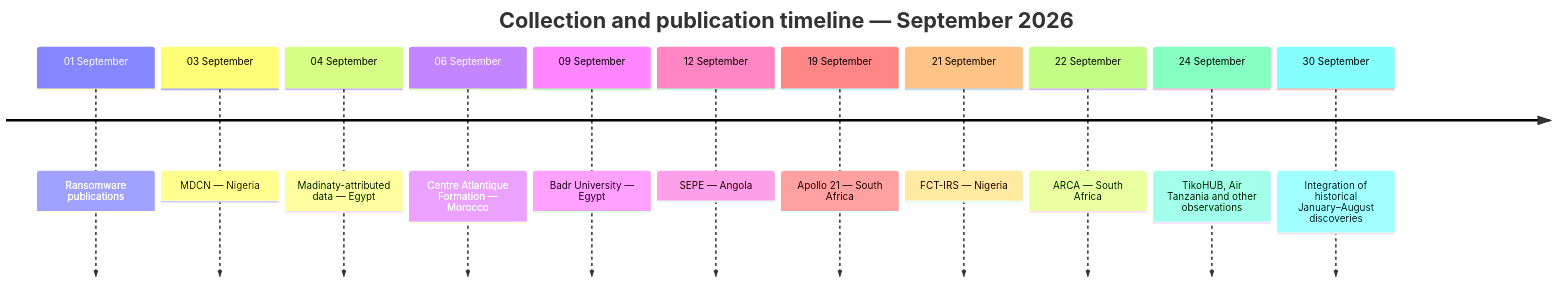
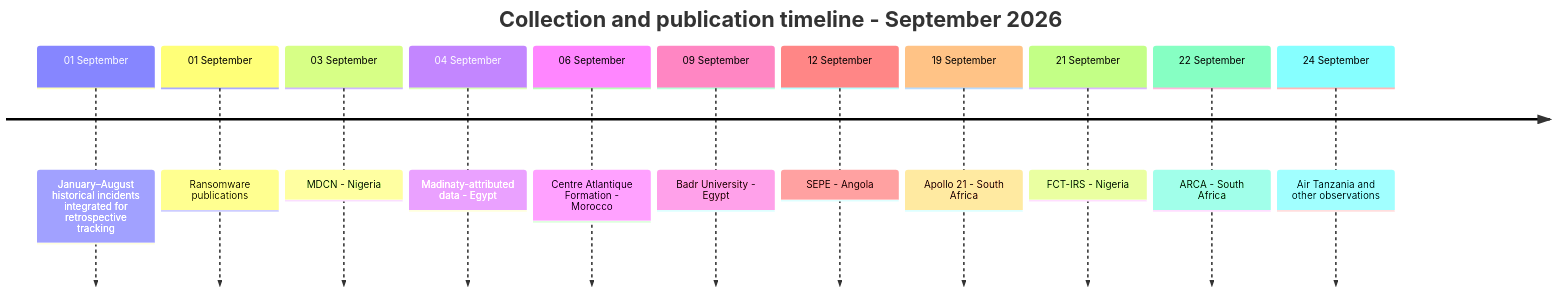
One commit to Hatchepsoute/AFRINTEL changed the tenth of 10 diagrams in CyberAttackAfrica/2026/09-september/README.md. Above: the diagram before and after it, drawn with Mermaid. The commit also changed other lines of this file and 30 other files, not shown here.

````diff
--- a/CyberAttackAfrica/2026/09-september/README.md
+++ b/CyberAttackAfrica/2026/09-september/README.md
@@ -195,15 +249,15 @@
 ```mermaid
 timeline
-    title Collection and publication timeline — September 2026
+    title Collection and publication timeline - September 2026
+    01 September : January–August historical incidents integrated for retrospective tracking
     01 September : Ransomware publications
-    03 September : MDCN — Nigeria
-    04 September : Madinaty-attributed data — Egypt
-    06 September : Centre Atlantique Formation — Morocco
-    09 September : Badr University — Egypt
-    12 September : SEPE — Angola
-    19 September : Apollo 21 — South Africa
-    21 September : FCT-IRS — Nigeria
-    22 September : ARCA — South Africa
-    24 September : TikoHUB, Air Tanzania and other observations
-    30 September : Integration of historical January–August discoveries
+    03 September : MDCN - Nigeria
+    04 September : Madinaty-attributed data - Egypt
+    06 September : Centre Atlantique Formation - Morocco
+    09 September : Badr University - Egypt
+    12 September : SEPE - Angola
+    19 September : Apollo 21 - South Africa
+    21 September : FCT-IRS - Nigeria
+    22 September : ARCA - South Africa
+    24 September : Air Tanzania and other observations
 ```
````
